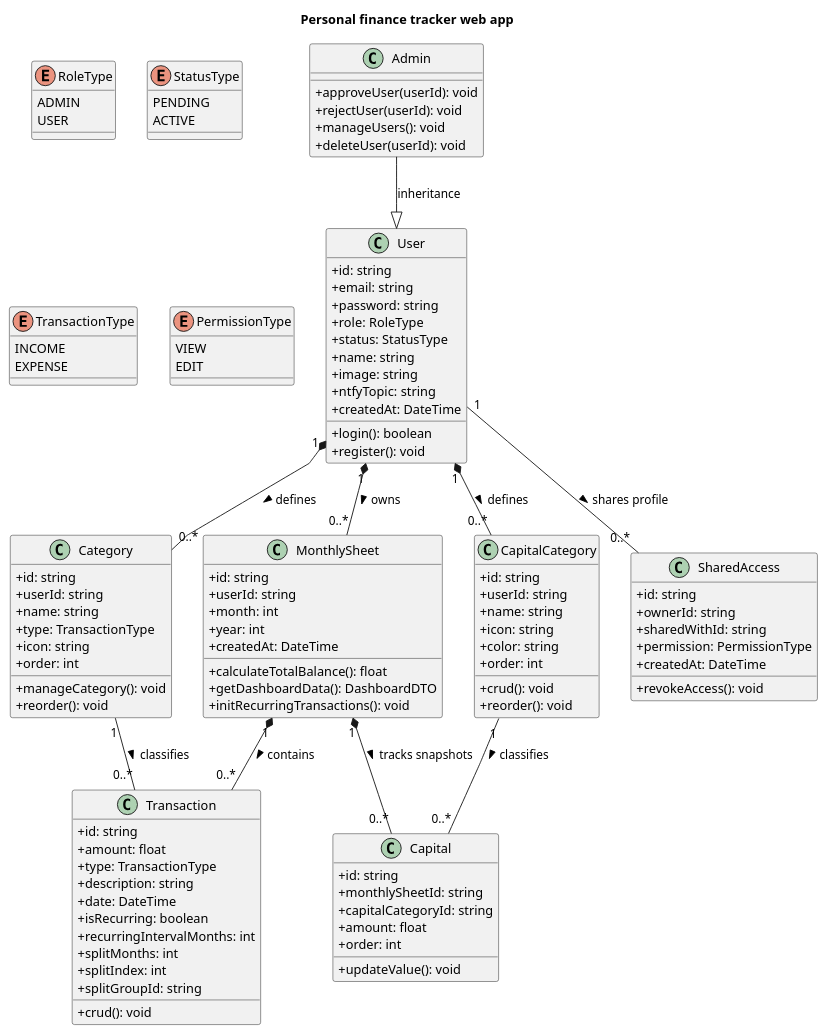
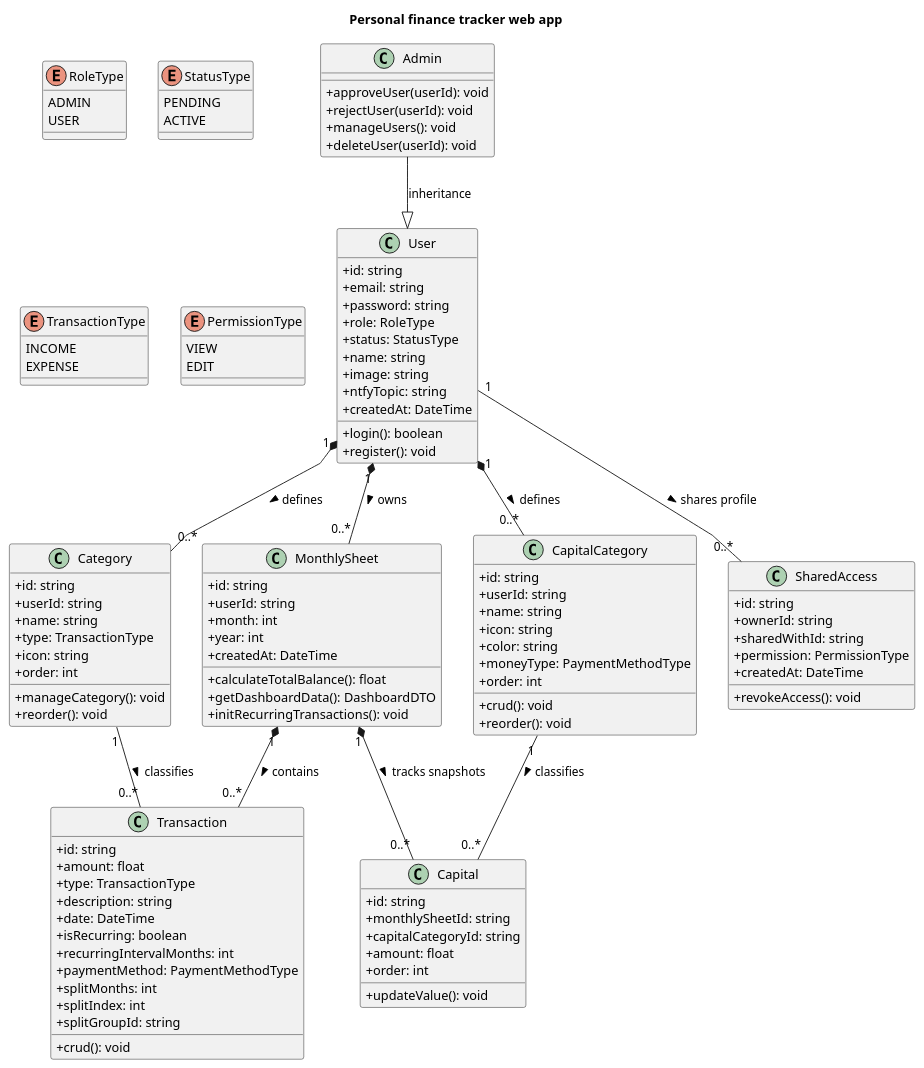
The diagram in doc/class_updated.puml (lukrencijus/finance-web-app), drawn with PlantUML before and after one commit. The commit also changed 9 other files, not shown here.

```diff
--- a/doc/class_updated.puml
+++ b/doc/class_updated.puml
@@ -1,123 +1,125 @@
 @startuml
 skinparam classAttributeIconSize 0
 skinparam linetype polyline
  
 title Personal finance tracker web app
  
 class User {
   +id: string
   +email: string
   +password: string
   +role: RoleType
   +status: StatusType
   +name: string
   +image: string
   +ntfyTopic: string
   +createdAt: DateTime
   +login(): boolean
   +register(): void
 }
  
 class Admin {
   +approveUser(userId): void
   +rejectUser(userId): void
   +manageUsers(): void
   +deleteUser(userId): void
 }
  
 class MonthlySheet {
   +id: string
   +userId: string
   +month: int
   +year: int
   +createdAt: DateTime
   +calculateTotalBalance(): float
   +getDashboardData(): DashboardDTO
   +initRecurringTransactions(): void
 }
  
 class Transaction {
   +id: string
   +amount: float
   +type: TransactionType
   +description: string
   +date: DateTime
   +isRecurring: boolean
   +recurringIntervalMonths: int
+  +paymentMethod: PaymentMethodType
   +splitMonths: int
   +splitIndex: int
   +splitGroupId: string
   +crud(): void
 }
  
 class Category {
   +id: string
   +userId: string
   +name: string
   +type: TransactionType
   +icon: string
   +order: int
   +manageCategory(): void
   +reorder(): void
 }
  
 class Capital {
   +id: string
   +monthlySheetId: string
   +capitalCategoryId: string
   +amount: float
   +order: int
   +updateValue(): void
 }
  
 class CapitalCategory {
   +id: string
   +userId: string
   +name: string
   +icon: string
   +color: string
+  +moneyType: PaymentMethodType
   +order: int
   +crud(): void
   +reorder(): void
 }
  
 class SharedAccess {
   +id: string
   +ownerId: string
   +sharedWithId: string
   +permission: PermissionType
   +createdAt: DateTime
   +revokeAccess(): void
 }
  
 enum RoleType { 
   ADMIN
   USER 
 }
 
 enum StatusType { 
   PENDING
   ACTIVE 
 }
 
 enum TransactionType { 
   INCOME
   EXPENSE 
 }
 
 enum PermissionType { 
   VIEW
   EDIT 
 }
  
 Admin --|> User : inheritance
 User "1" *-- "0..*" MonthlySheet : owns >
 User "1" *-- "0..*" Category : defines >
 User "1" *-- "0..*" CapitalCategory : defines >
 MonthlySheet "1" *-- "0..*" Transaction : contains >
 MonthlySheet "1" *-- "0..*" Capital : tracks snapshots >
 Category "1" -- "0..*" Transaction : classifies >
 CapitalCategory "1" -- "0..*" Capital : classifies >
 User "1" -- "0..*" SharedAccess : shares profile >
  
 @enduml
```
